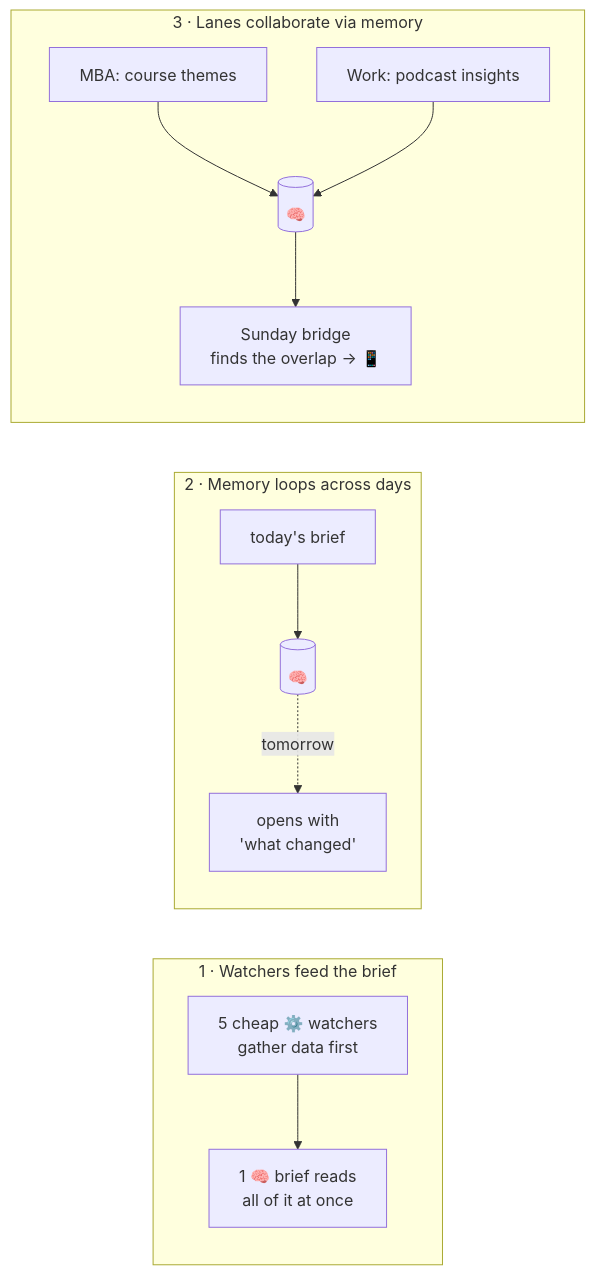
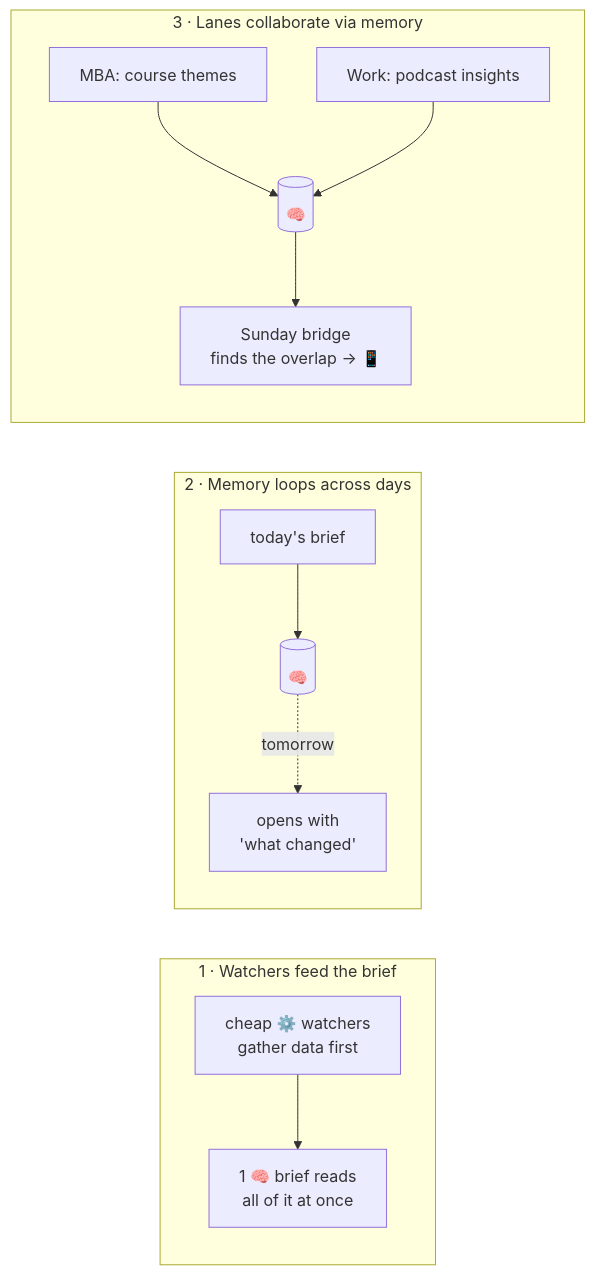
Before and after one commit to nickmuchi87/hermes-agents-showcase: the sixth of 6 diagrams in docs/08-the-fleet-map.md, drawn with Mermaid. The commit also changed other lines of this file and 8 other files, not shown here.

````diff
--- a/docs/08-the-fleet-map.md
+++ b/docs/08-the-fleet-map.md
@@ -243,18 +277,18 @@
 ```mermaid
 flowchart LR
     subgraph p1["1 · Watchers feed the brief"]
         direction TB
-        w["5 cheap ⚙️ watchers<br/>gather data first"] --> b["1 🧠 brief reads<br/>all of it at once"]
+        w["cheap ⚙️ watchers<br/>gather data first"] --> b["1 🧠 brief reads<br/>all of it at once"]
     end
     subgraph p2["2 · Memory loops across days"]
         direction TB
         t["today's brief"] --> mm[("🧠")]
         mm -. "tomorrow" .-> t2["opens with<br/>'what changed'"]
     end
     subgraph p3["3 · Lanes collaborate via memory"]
         direction TB
         cm["MBA: course themes"] --> mm2[("🧠")]
         pm["Work: podcast insights"] --> mm2
         mm2 --> br["Sunday bridge<br/>finds the overlap → 📱"]
     end
 ```
````
